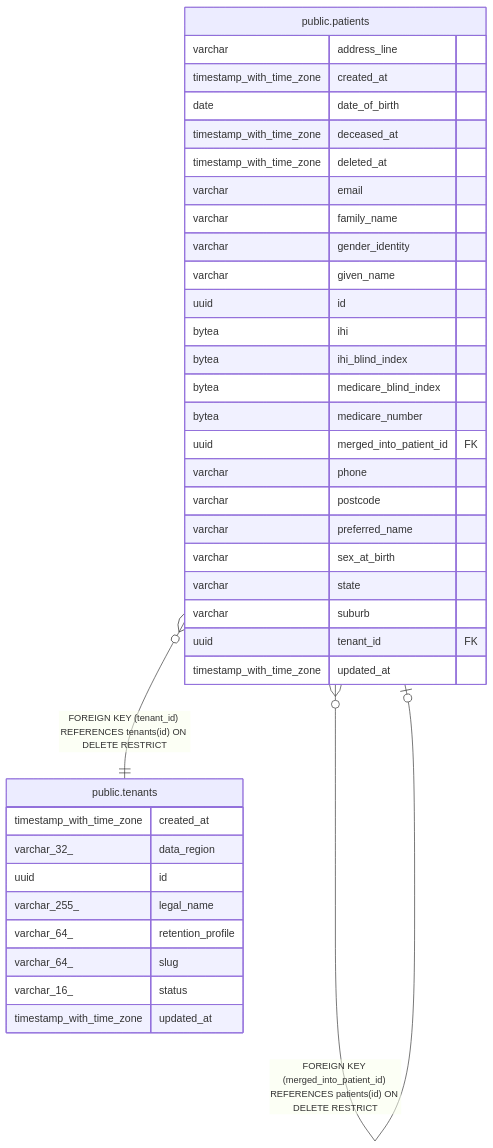
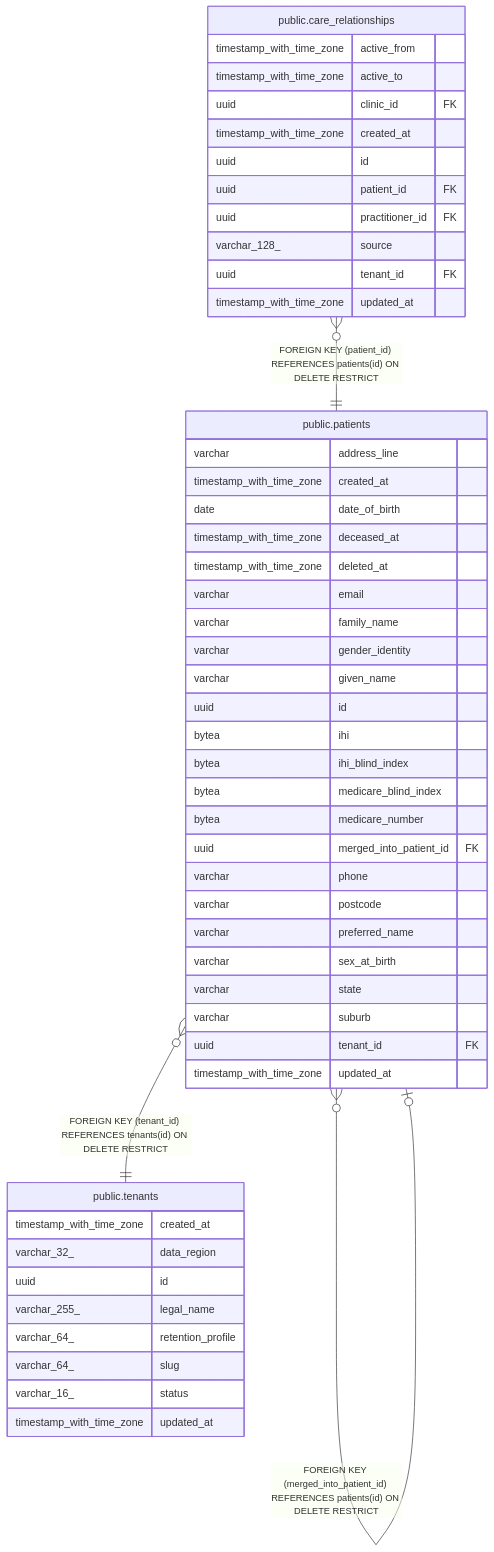
The diagram in docs/reference/schema/public.patients.md (irajput215/clinic-os), drawn with Mermaid before and after one commit. The commit also changed other lines of this file and 34 other files, not shown here.

First line of the commit message:
feat(tenancy): clinics table, tenants/current API and care relationships

````diff
--- a/docs/reference/schema/public.patients.md
+++ b/docs/reference/schema/public.patients.md
@@ -62,42 +62,55 @@
 ```mermaid
 erDiagram
 
+"public.care_relationships" }o--|| "public.patients" : "FOREIGN KEY (patient_id) REFERENCES patients(id) ON DELETE RESTRICT"
 "public.patients" }o--o| "public.patients" : "FOREIGN KEY (merged_into_patient_id) REFERENCES patients(id) ON DELETE RESTRICT"
 "public.patients" }o--|| "public.tenants" : "FOREIGN KEY (tenant_id) REFERENCES tenants(id) ON DELETE RESTRICT"
 
 "public.patients" {
   varchar address_line
   timestamp_with_time_zone created_at
   date date_of_birth
   timestamp_with_time_zone deceased_at
   timestamp_with_time_zone deleted_at
   varchar email
   varchar family_name
   varchar gender_identity
   varchar given_name
   uuid id
   bytea ihi
   bytea ihi_blind_index
   bytea medicare_blind_index
   bytea medicare_number
   uuid merged_into_patient_id FK
   varchar phone
   varchar postcode
   varchar preferred_name
   varchar sex_at_birth
   varchar state
   varchar suburb
   uuid tenant_id FK
   timestamp_with_time_zone updated_at
 }
+"public.care_relationships" {
+  timestamp_with_time_zone active_from
+  timestamp_with_time_zone active_to
+  uuid clinic_id FK
+  timestamp_with_time_zone created_at
+  uuid id
+  uuid patient_id FK
+  uuid practitioner_id FK
+  varchar_128_ source
+  uuid tenant_id FK
+  timestamp_with_time_zone updated_at
+}
 "public.tenants" {
   timestamp_with_time_zone created_at
   varchar_32_ data_region
   uuid id
   varchar_255_ legal_name
   varchar_64_ retention_profile
   varchar_64_ slug
   varchar_16_ status
   timestamp_with_time_zone updated_at
 }
 ```
````
